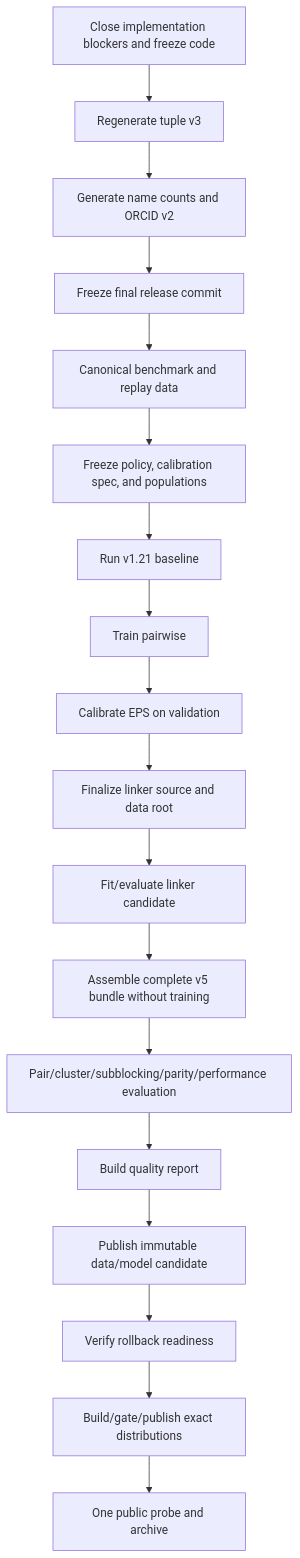
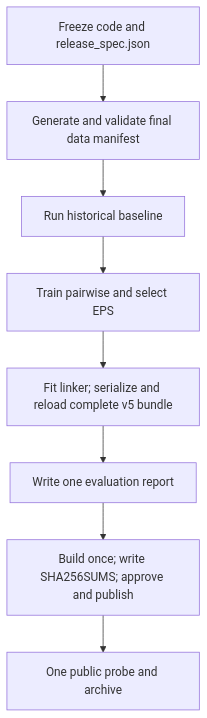
One commit to allenai/S2AND changed the diagram in docs/1_3_release_todo.md. Above: the diagram before and after it, drawn with Mermaid. The commit also changed other lines of this file and 86 other files, not shown here.

Commit message:
Simplify canonical-v2 release machinery

````diff
--- a/docs/1_3_release_todo.md
+++ b/docs/1_3_release_todo.md
@@ -130,39 +107,13 @@
 ```mermaid
 flowchart TD
-  A["Close implementation blockers and freeze code"]
-  T["Regenerate tuple v3"]
-  C["Generate name counts and ORCID v2"]
-  F["Freeze final release commit"]
-  D["Canonical benchmark and replay data"]
-  Q["Freeze policy, calibration spec, and populations"]
-  B["Run v1.21 baseline"]
-  P["Train pairwise"]
-  E["Calibrate EPS on validation"]
-  S["Finalize linker source and data root"]
-  L["Fit/evaluate linker candidate"]
-  M["Assemble complete v5 bundle without training"]
-  V["Pair/cluster/subblocking/parity/performance evaluation"]
-  R["Build quality report"]
-  U["Publish immutable data/model candidate"]
-  K["Verify rollback readiness"]
-  W["Build/gate/publish exact distributions"]
+  A["Freeze code and release_spec.json"]
+  D["Generate and validate final data manifest"]
+  B["Run historical baseline"]
+  P["Train pairwise and select EPS"]
+  L["Fit linker; serialize and reload complete v5 bundle"]
+  E["Write one evaluation report"]
+  W["Build once; write SHA256SUMS; approve and publish"]
   X["One public probe and archive"]
 
-  A --> T
-  T --> C
-  C --> F
-  F --> D
-  D --> Q
-  Q --> B
-  B --> P
-  P --> E
-  E --> S
-  S --> L
-  L --> M
-  M --> V
-  V --> R
-  R --> U
-  U --> K
-  K --> W
-  W --> X
+  A --> D --> B --> P --> L --> E --> W --> X
 ```
````
